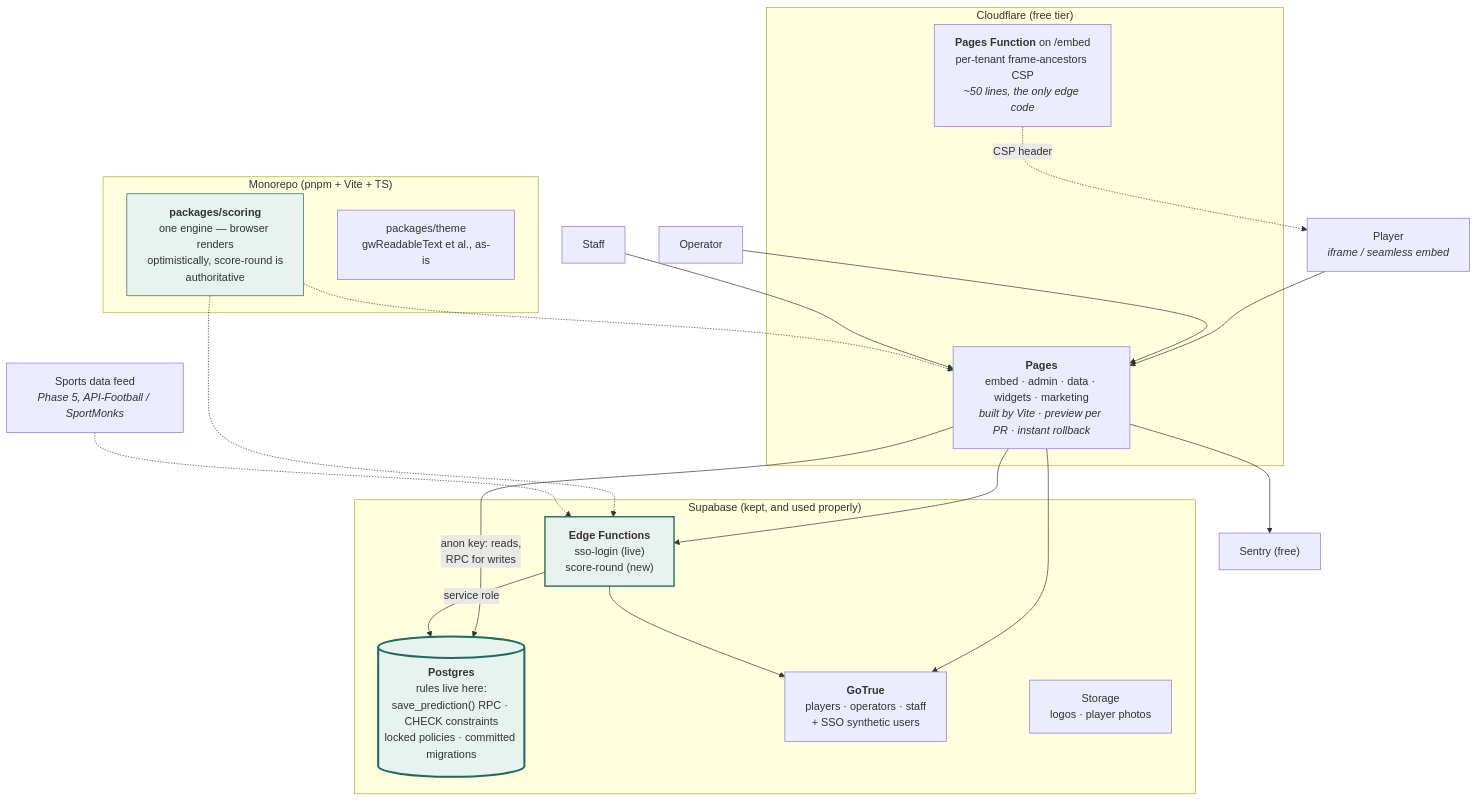
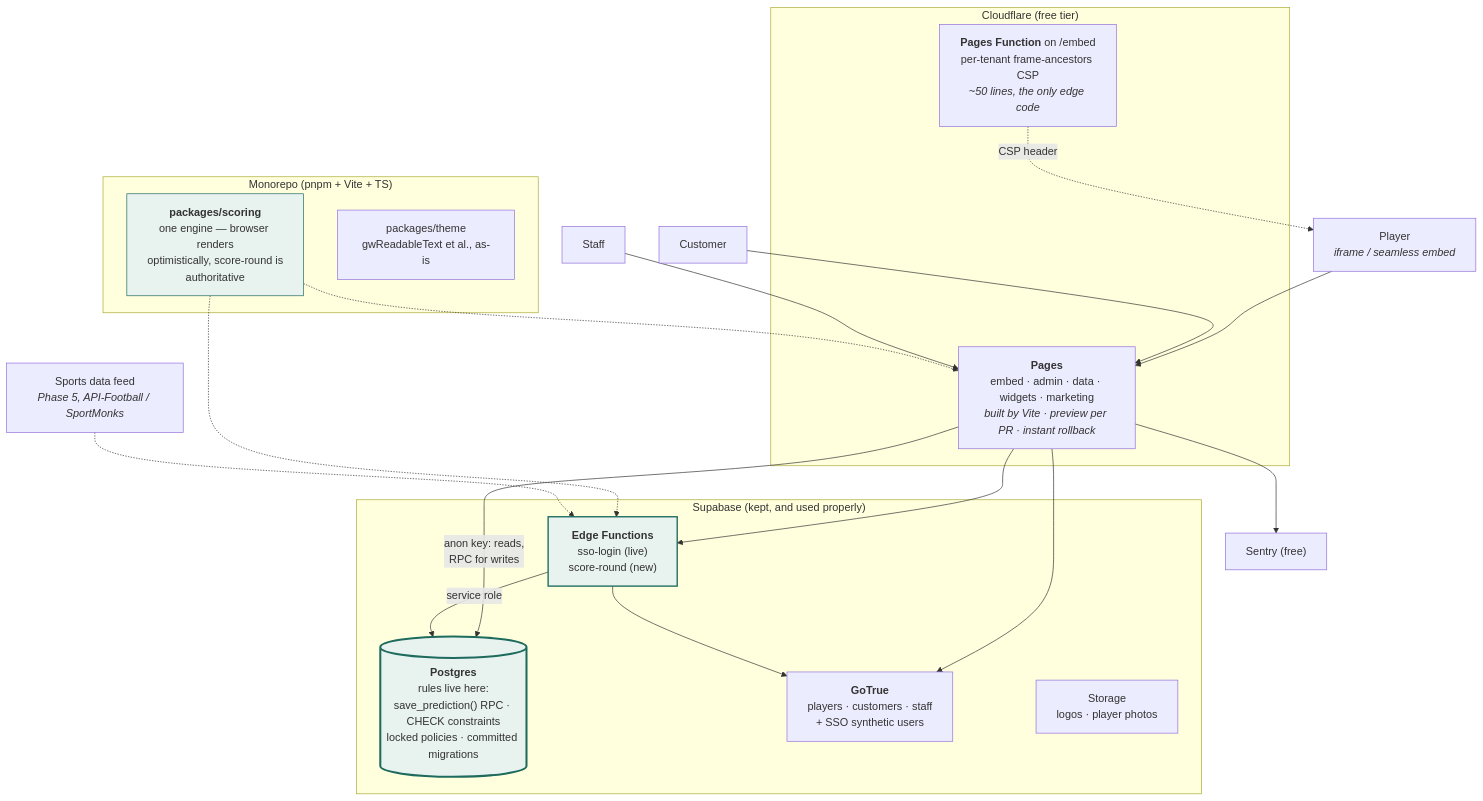
Before and after one commit to matchinist/gameweek: the first of 3 diagrams in docs/TARGET-ARCHITECTURE.md, drawn with Mermaid. The commit also changed other lines of this file and 42 other files, not shown here.

First line of the commit message:
Rename operators to customers across DB, apps, Edge Functions and docs

````diff
--- a/docs/TARGET-ARCHITECTURE.md
+++ b/docs/TARGET-ARCHITECTURE.md
@@ -55,41 +55,41 @@
 ```mermaid
 flowchart TB
     subgraph edge["Cloudflare (free tier)"]
         pages["<b>Pages</b><br/>embed · admin · data · widgets · marketing<br/><i>built by Vite · preview per PR · instant rollback</i>"]
         pf["<b>Pages Function</b> on /embed<br/>per-tenant frame-ancestors CSP<br/><i>~50 lines, the only edge code</i>"]
     end
 
     subgraph supa["Supabase (kept, and used properly)"]
         pg[("<b>Postgres</b><br/>rules live here:<br/>save_prediction() RPC · CHECK constraints<br/>locked policies · committed migrations")]
-        auth["<b>GoTrue</b><br/>players · operators · staff<br/>+ SSO synthetic users"]
+        auth["<b>GoTrue</b><br/>players · customers · staff<br/>+ SSO synthetic users"]
         fns["<b>Edge Functions</b><br/>sso-login (live)<br/>score-round (new)"]
         storage["Storage<br/>logos · player photos"]
     end
 
     subgraph repo["Monorepo (pnpm + Vite + TS)"]
         scoring["<b>packages/scoring</b><br/>one engine — browser renders<br/>optimistically, score-round is<br/>authoritative"]
         theme["packages/theme<br/>gwReadableText et al., as-is"]
     end
 
     ext["Sports data feed<br/><i>Phase 5, API-Football / SportMonks</i>"]
     sentry["Sentry (free)"]
 
     player["Player<br/><i>iframe / seamless embed</i>"] --> pages
-    operator["Operator"] --> pages
+    customer["Customer"] --> pages
     staff["Staff"] --> pages
 
     pages -->|"anon key: reads,<br/>RPC for writes"| pg
     pages --> auth
     pages --> fns
     fns -->|service role| pg
     fns --> auth
     pf -.->|CSP header| player
     scoring -.-> pages
     scoring -.-> fns
     ext -.-> fns
     pages --> sentry
 
     style pg fill:#e8f2ef,stroke:#1e6b5e,stroke-width:3px
     style fns fill:#e8f2ef,stroke:#1e6b5e,stroke-width:2px
     style scoring fill:#e8f2ef,stroke:#1e6b5e
 ```
````
